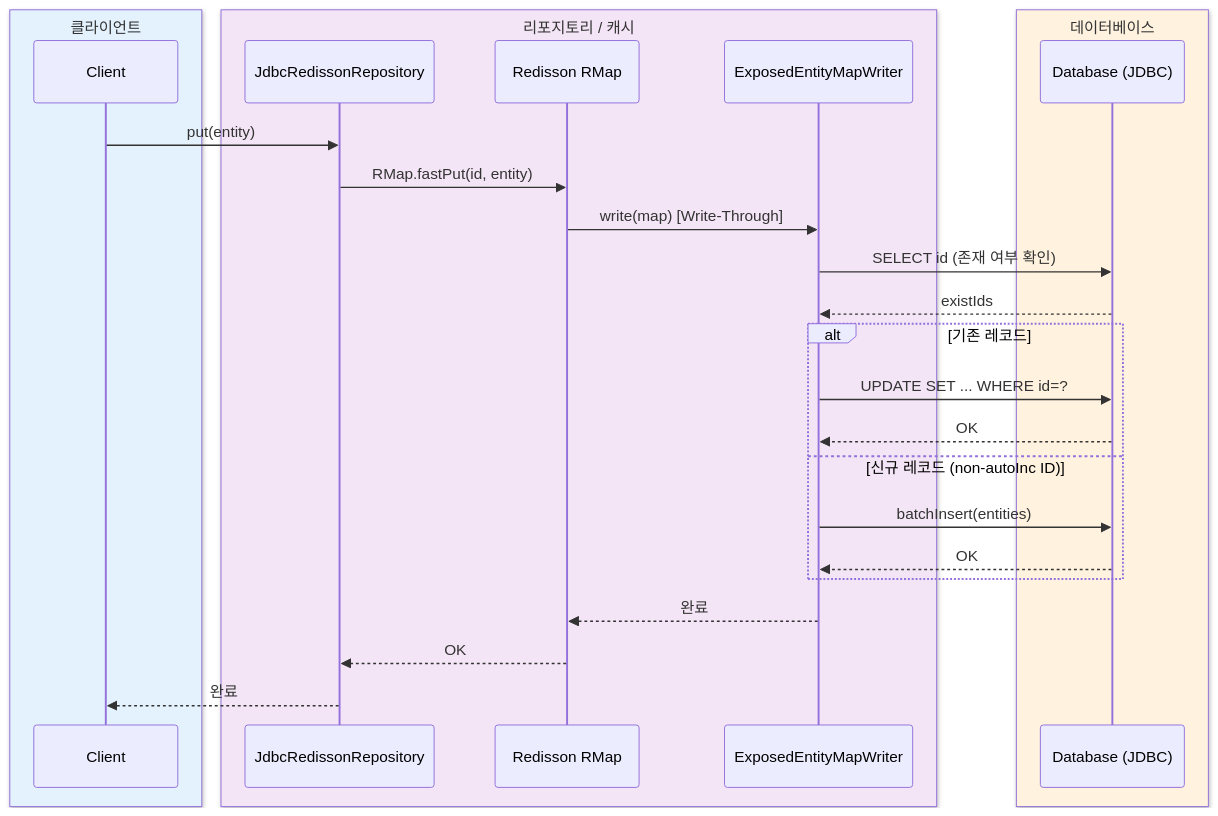
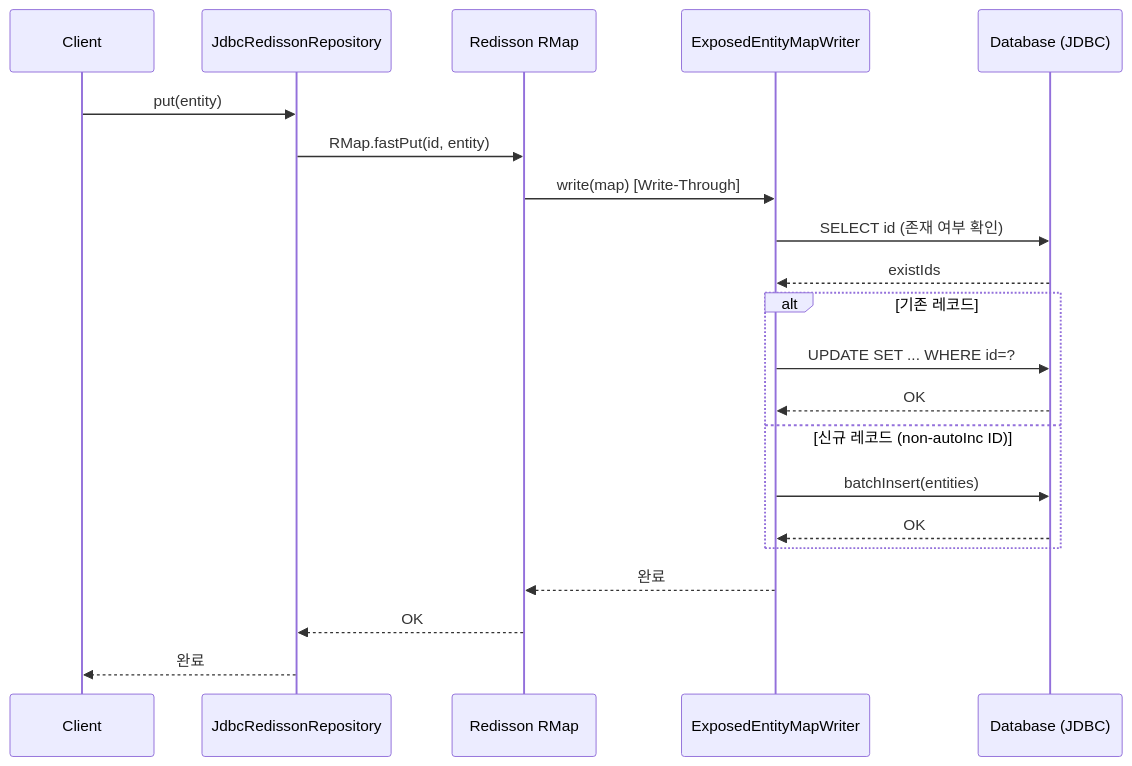
One commit to bluetape4k/bluetape4k-projects changed the third of 7 diagrams in data/exposed-jdbc-redisson/README.ko.md. Above: the diagram before and after it, drawn with Mermaid. The commit also changed other lines of this file and 219 other files, not shown here.

First line of the commit message:
docs: 전체 README Mermaid 다이어그램 가이드 적용

````diff
--- a/data/exposed-jdbc-redisson/README.ko.md
+++ b/data/exposed-jdbc-redisson/README.ko.md
@@ -444,30 +438,24 @@
 ```mermaid
 sequenceDiagram
-    box rgb(227, 242, 253) 클라이언트
         participant Client as Client
-    end
-    box rgb(243, 229, 245) 리포지토리 / 캐시
         participant Repo as JdbcRedissonRepository
         participant RMap as Redisson RMap
         participant Writer as ExposedEntityMapWriter
-    end
-    box rgb(255, 243, 224) 데이터베이스
         participant DB as Database (JDBC)
-    end
 
     Client ->> Repo: put(entity)
     Repo ->> RMap: RMap.fastPut(id, entity)
     RMap ->> Writer: write(map) [Write-Through]
     Writer ->> DB: SELECT id (존재 여부 확인)
     DB -->> Writer: existIds
     alt 기존 레코드
         Writer ->> DB: UPDATE SET ... WHERE id=?
         DB -->> Writer: OK
     else 신규 레코드 (non-autoInc ID)
         Writer ->> DB: batchInsert(entities)
         DB -->> Writer: OK
     end
     Writer -->> RMap: 완료
     RMap -->> Repo: OK
     Repo -->> Client: 완료
 ```
````
